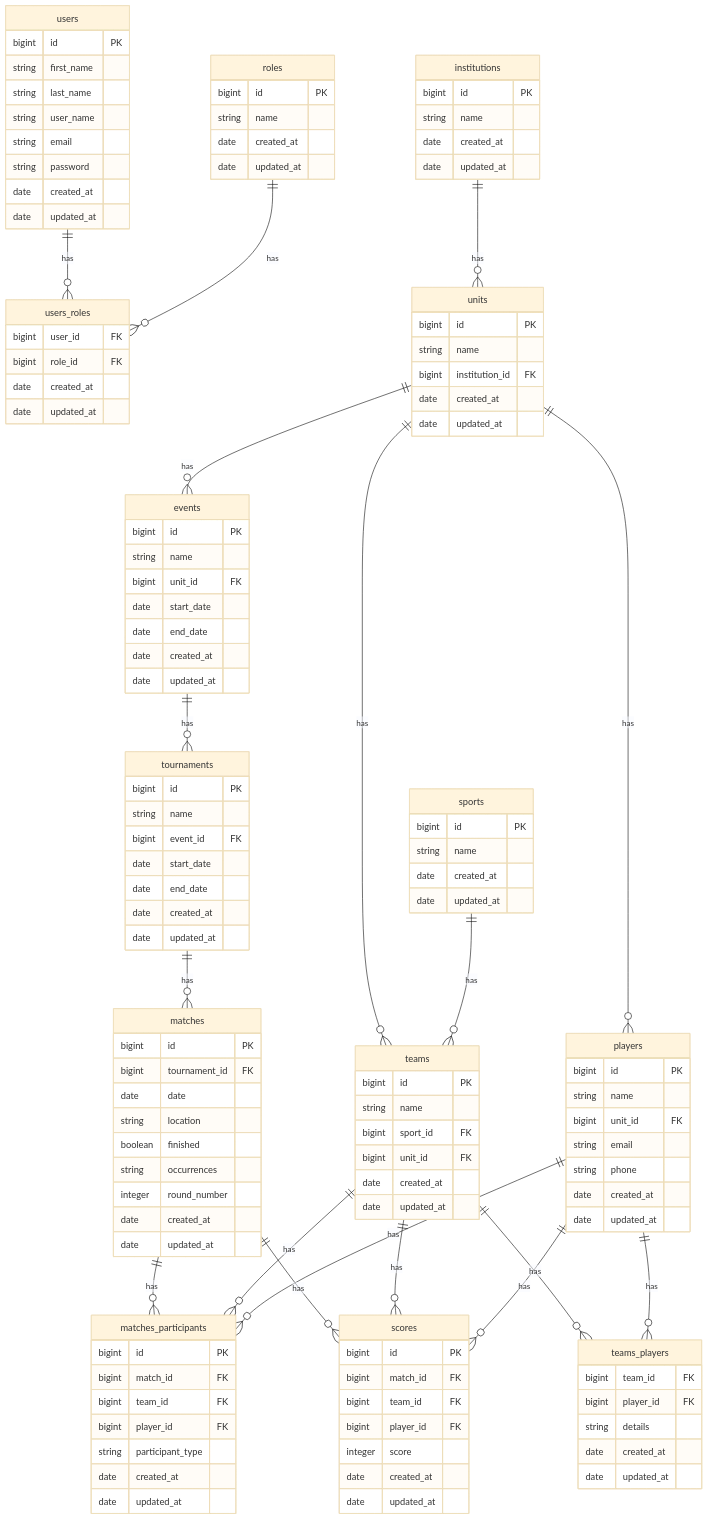
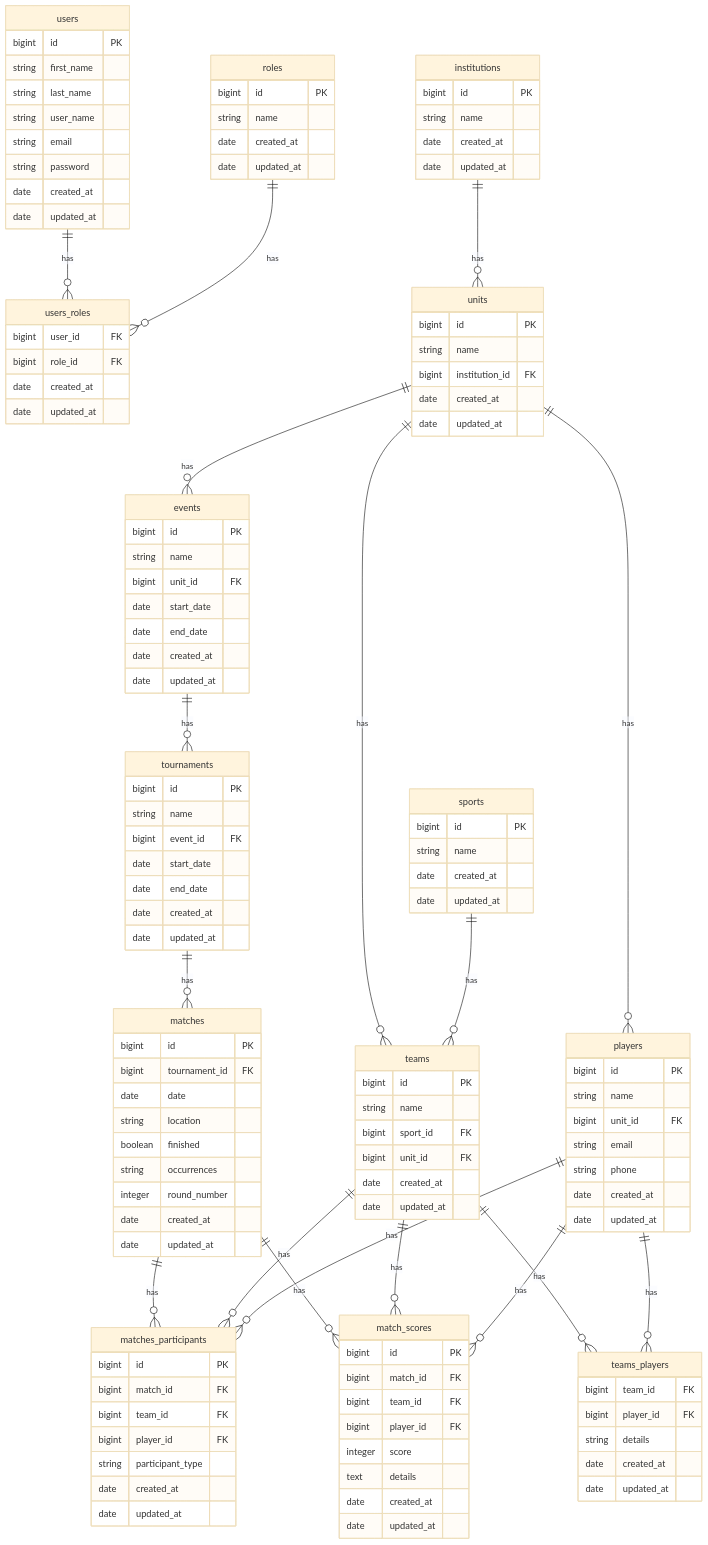
The diagram in README.md (rgomide/gerenciador-torneio), drawn with Mermaid (base theme) before and after one commit. The commit also changed 1 other file, not shown here.

Commit message:
create migration

````diff
--- a/README.md
+++ b/README.md
@@ -118,12 +118,13 @@
       date updated_at
     }
 
-    scores {
+    match_scores {
       bigint id PK
       bigint match_id FK
       bigint team_id FK
       bigint player_id FK
       integer score
+      text details
       date created_at
       date updated_at
     }
@@ -142,7 +143,7 @@
     matches ||--o{ matches_participants : has
     teams ||--o{ matches_participants : has
     players ||--o{ matches_participants : has
-    matches ||--o{ scores : has
-    teams ||--o{ scores : has
-    players ||--o{ scores : has
+    matches ||--o{ match_scores : has
+    teams ||--o{ match_scores : has
+    players ||--o{ match_scores : has
 ```
````
